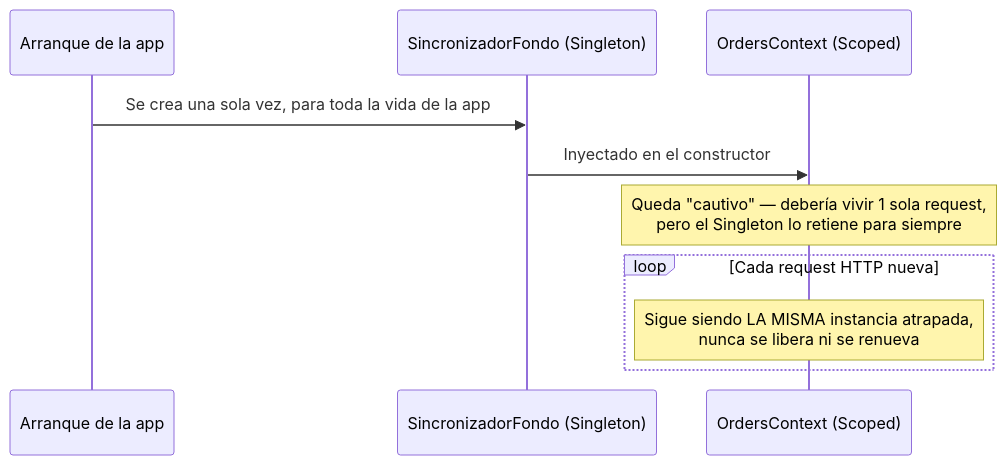
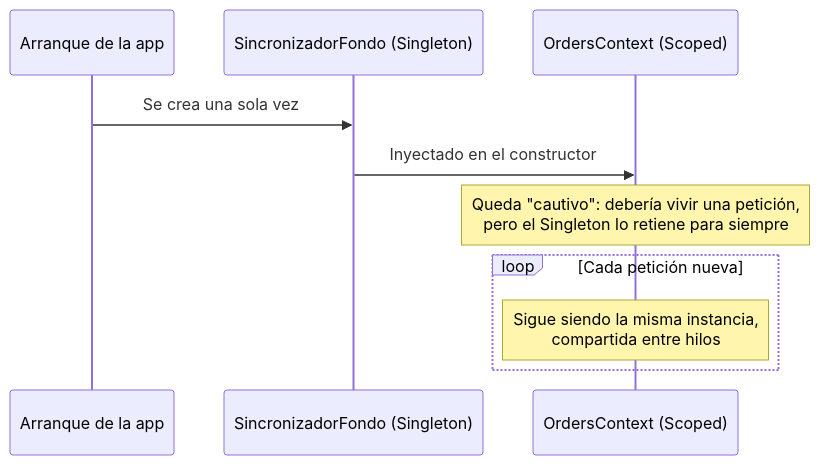
The second of 2 diagrams in docs/02-calidad-de-codigo-y-arquitectura/06-inyeccion-de-dependencias.md (Carlou134/ssr-developer-roadmap), drawn with Mermaid before and after one commit. The commit also changed other lines of this file and 13 other files, not shown here.

````diff
--- a/docs/02-calidad-de-codigo-y-arquitectura/06-inyeccion-de-dependencias.md
+++ b/docs/02-calidad-de-codigo-y-arquitectura/06-inyeccion-de-dependencias.md
@@ -70,14 +132,14 @@
 ```mermaid
 sequenceDiagram
     participant App as Arranque de la app
     participant Singleton as SincronizadorFondo (Singleton)
     participant Db as OrdersContext (Scoped)
 
-    App->>Singleton: Se crea una sola vez, para toda la vida de la app
+    App->>Singleton: Se crea una sola vez
     Singleton->>Db: Inyectado en el constructor
-    Note over Db: Queda "cautivo" — debería vivir 1 sola request,<br/>pero el Singleton lo retiene para siempre
+    Note over Db: Queda "cautivo": debería vivir una petición,<br/>pero el Singleton lo retiene para siempre
 
-    loop Cada request HTTP nueva
-        Note over Db: Sigue siendo LA MISMA instancia atrapada,<br/>nunca se libera ni se renueva
+    loop Cada petición nueva
+        Note over Db: Sigue siendo la misma instancia,<br/>compartida entre hilos
     end
 ```
````
